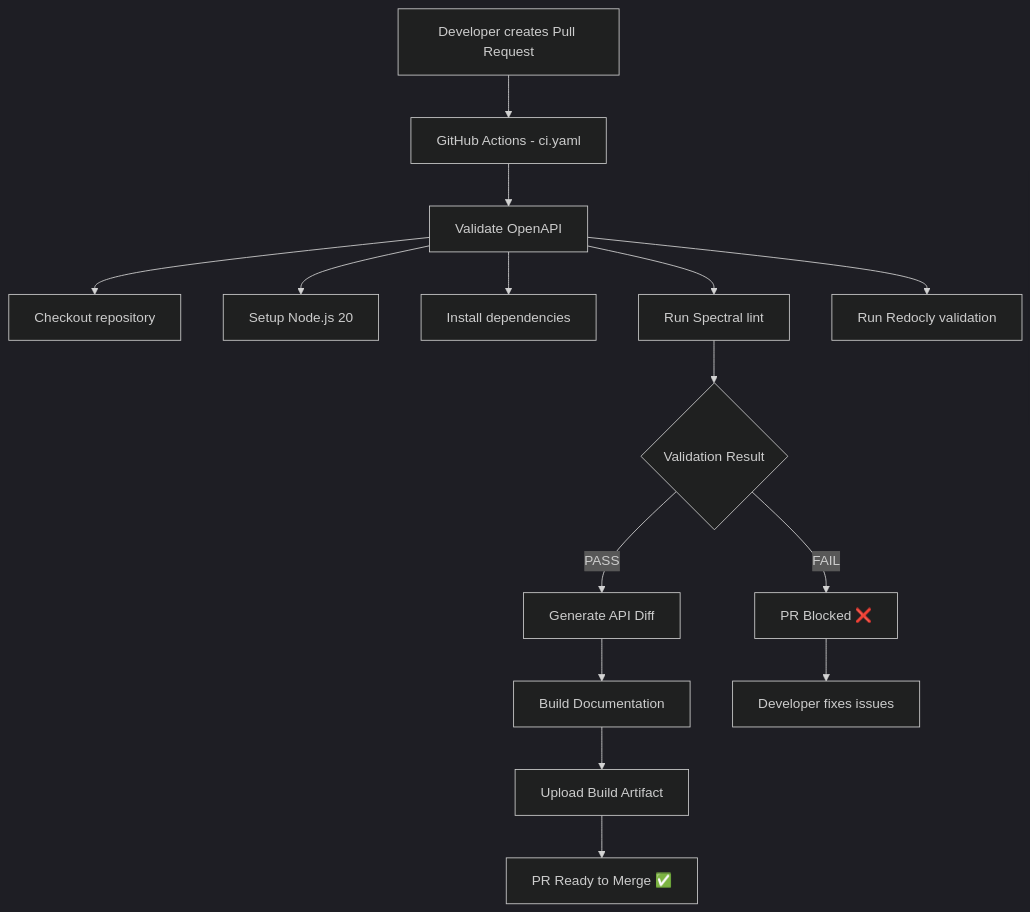
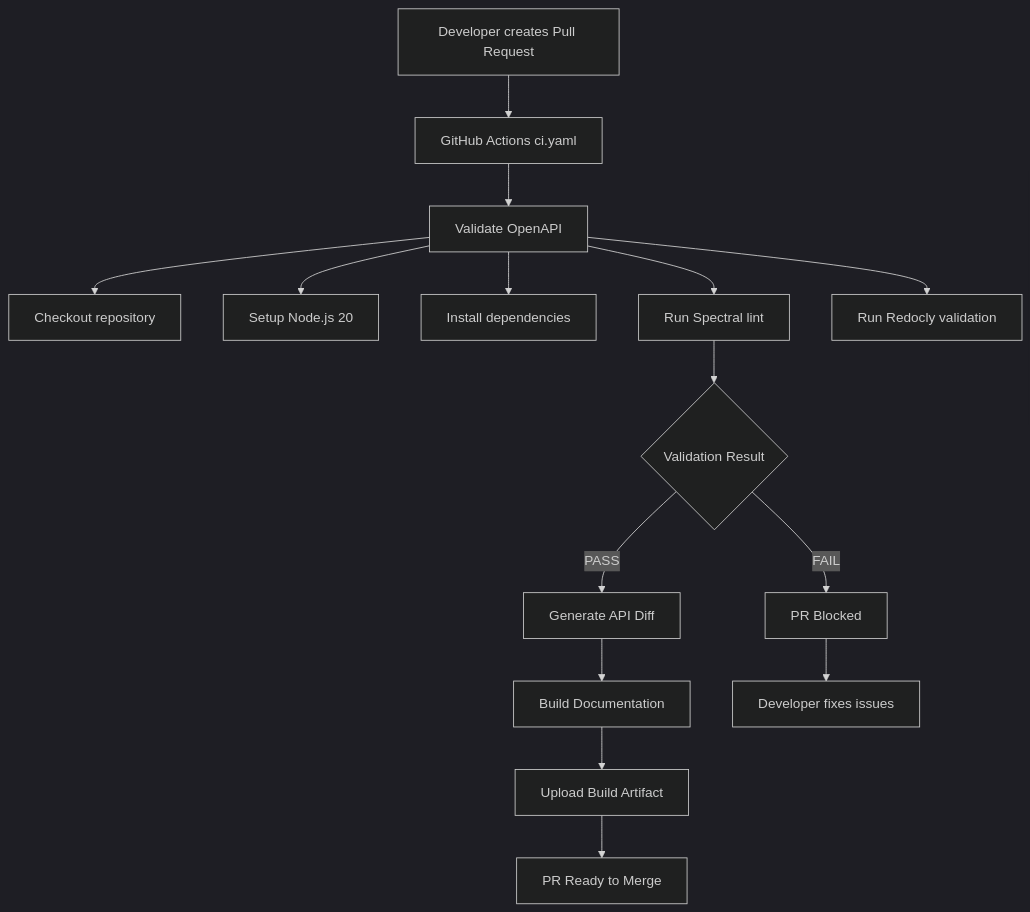
The first of 2 diagrams in docs/CI_FLOW.md (Dinh-Nhan/CI-CD), drawn with Mermaid (dark theme) before and after one commit. The commit also changed 8 other files, not shown here.

````diff
--- a/docs/CI_FLOW.md
+++ b/docs/CI_FLOW.md
@@ -7,22 +7,22 @@
 ```mermaid
 flowchart TD
-    A[Developer creates Pull Request] --> B[GitHub Actions - ci.yaml]
+    A[Developer creates Pull Request] --> B[GitHub Actions ci.yaml]
 
     B --> C[Validate OpenAPI]
 
     C --> C1[Checkout repository]
     C --> C2[Setup Node.js 20]
     C --> C3[Install dependencies]
     C --> C4[Run Spectral lint]
     C --> C5[Run Redocly validation]
 
     C4 --> D{Validation Result}
 
     D -->|PASS| E[Generate API Diff]
     E --> F[Build Documentation]
     F --> G[Upload Build Artifact]
-    G --> H[PR Ready to Merge ✅]
+    G --> H[PR Ready to Merge]
 
-    D -->|FAIL| I[PR Blocked ❌]
+    D -->|FAIL| I[PR Blocked]
     I --> J[Developer fixes issues]
 ```
````
